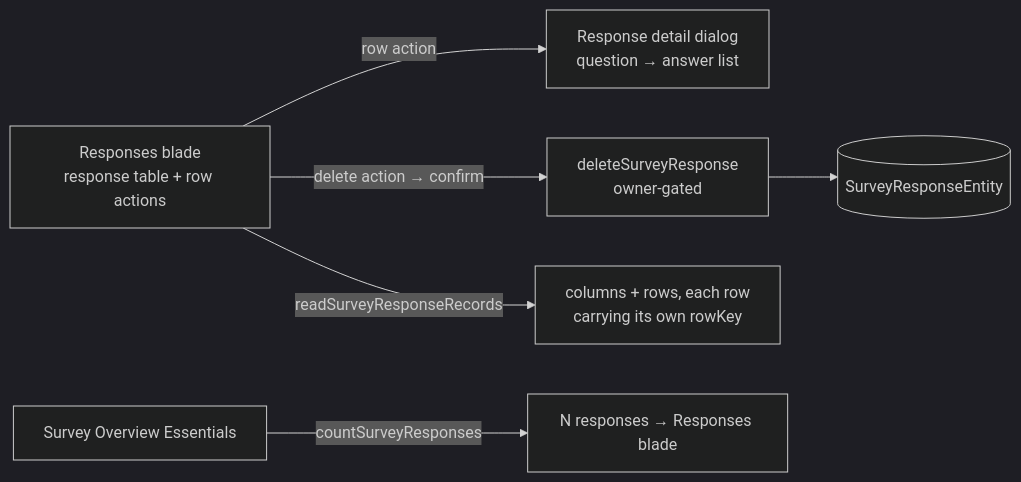
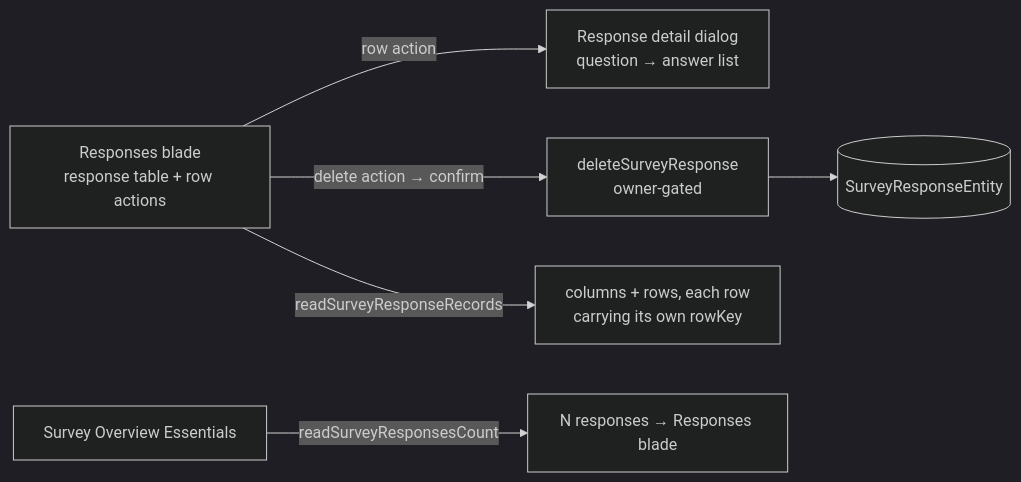
Before and after one commit to Esposter/Esposter: the diagram in packages/app/content/docs/platform/survey-response-management.md, drawn with Mermaid (dark theme). The commit also changed other lines of this file and 34 other files, not shown here.

````diff
--- a/packages/app/content/docs/platform/survey-response-management.md
+++ b/packages/app/content/docs/platform/survey-response-management.md
@@ -12,8 +12,8 @@
 ```mermaid
 flowchart LR
   BLADE["Responses blade<br/>response table + row actions"] -->|row action| DETAIL["Response detail dialog<br/>question → answer list"]
   BLADE -->|"delete action → confirm"| DEL["deleteSurveyResponse<br/>owner-gated"]
   DEL --> AT[("SurveyResponseEntity")]
   BLADE -->|readSurveyResponseRecords| RECORDS["columns + rows, each row<br/>carrying its own rowKey"]
-  OV["Survey Overview Essentials"] -->|countSurveyResponses| COUNT["N responses → Responses blade"]
+  OV["Survey Overview Essentials"] -->|readSurveyResponsesCount| COUNT["N responses → Responses blade"]
 ```
````
